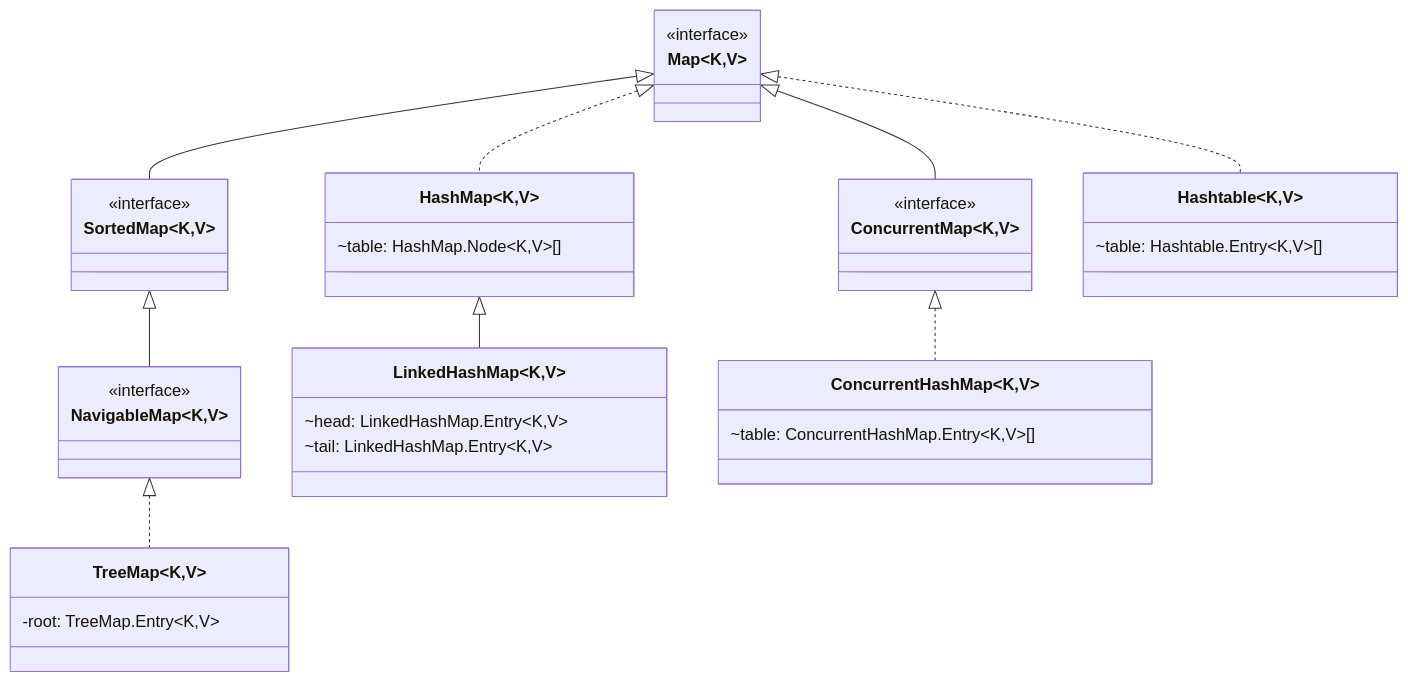
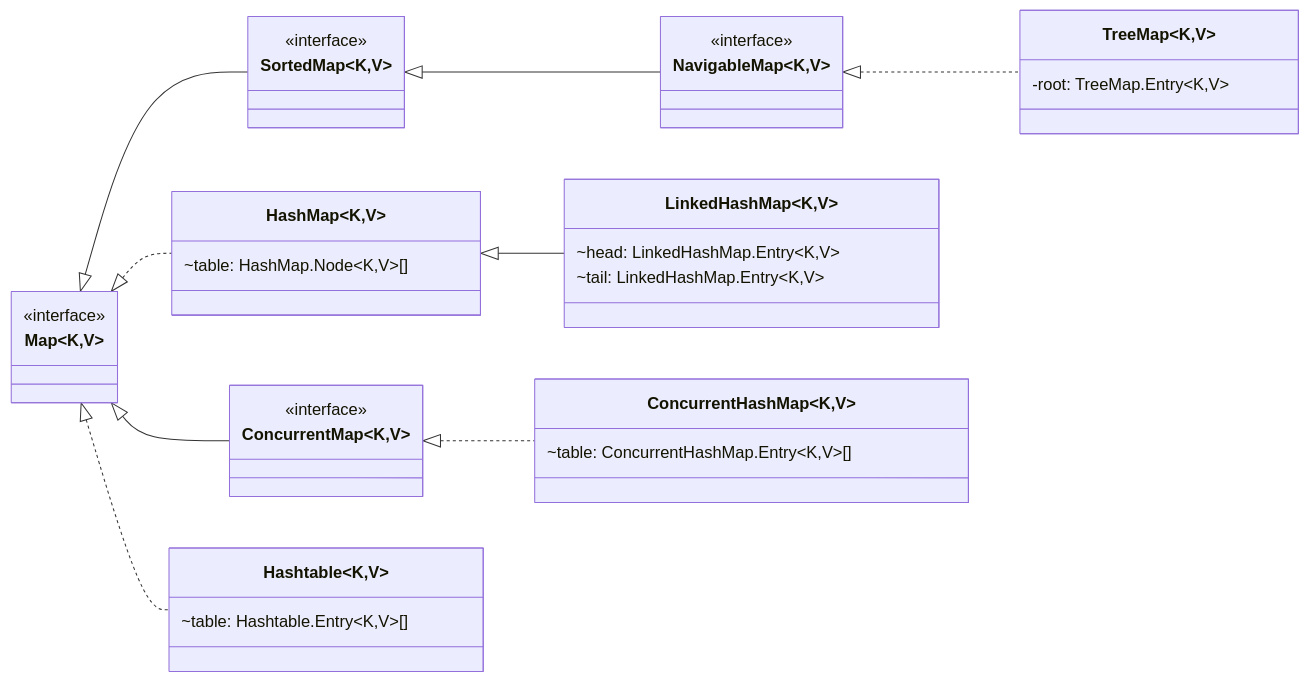
The second of 2 diagrams in src/docs/note/back-end/java/Collection.md (whiteChen233/whitechen233.github.io), drawn with Mermaid before and after one commit. The commit also changed other lines of this file and 13 other files, not shown here.

````diff
--- a/src/docs/note/back-end/java/Collection.md
+++ b/src/docs/note/back-end/java/Collection.md
@@ -515,39 +516,40 @@
 ```mermaid
 classDiagram
+  direction LR
   class Map ~K,V~ {
     <<interface>>
   }
   class ConcurrentMap ~K,V~ {
     <<interface>>
   }
   class SortedMap ~K,V~ {
     <<interface>>
   }
   class NavigableMap ~K,V~ {
     <<interface>>
   }
   class HashMap ~K,V~ {
     ~table: HashMap.Node&lt;K,V&gt;[]
   }
   class Hashtable ~K,V~ {
     ~table: Hashtable.Entry&lt;K,V&gt;[]
   }
   class LinkedHashMap ~K,V~ {
     ~head: LinkedHashMap.Entry&lt;K,V&gt;
     ~tail: LinkedHashMap.Entry&lt;K,V&gt;
   }
   class ConcurrentHashMap ~K,V~ {
     ~table: ConcurrentHashMap.Entry&lt;K,V&gt;[]
   }
   class TreeMap ~K,V~ {
     -root: TreeMap.Entry&lt;K,V&gt;
   }
   Map <|-- SortedMap
   Map <|.. HashMap
   Map <|.. Hashtable
   Map <|-- ConcurrentMap
   HashMap <|-- LinkedHashMap
   SortedMap <|-- NavigableMap
   NavigableMap <|.. TreeMap
   ConcurrentMap <|.. ConcurrentHashMap
 ```
````
